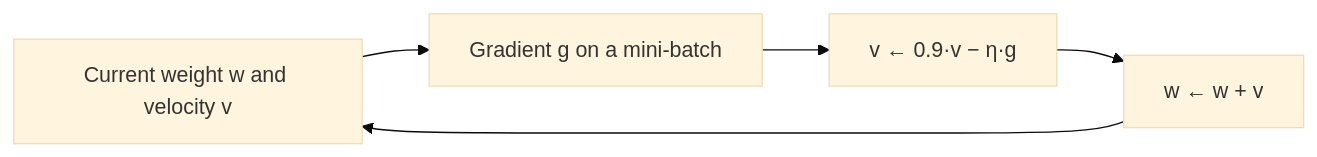
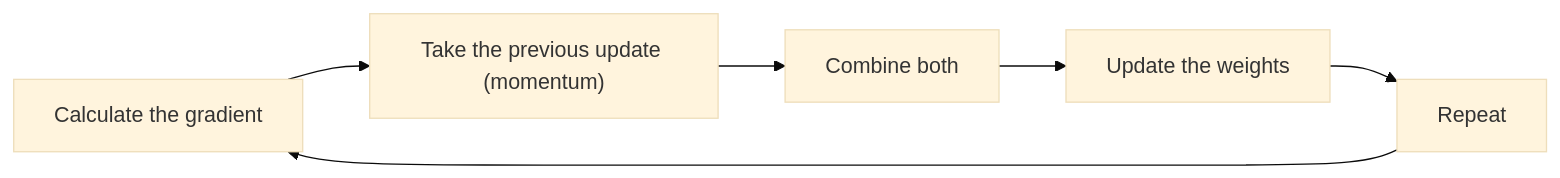
Before and after one commit to TrendySloth1001/sem-seven-notes: the diagram in content/deep-learning/pyq/2023-12/q5a.mdx, drawn with Mermaid (base theme). The commit also changed other lines of this file and 254 other files, not shown here.

Commit message:
Rewrite the backpropagation, gradient descent, regularization and autoencoder notes and their 29 answers from the teachers' class files. They use 185 teacher figures with class-notes citations only, and correct the AdaGrad, RMSProp, Nesterov and batch-norm numbers on the slides.

````diff
--- a/content/deep-learning/pyq/2023-12/q5a.mdx
+++ b/content/deep-learning/pyq/2023-12/q5a.mdx
@@ -36,8 +13,9 @@
 ```mermaid
-%% caption: One step of momentum. The new gradient is added to the faded old velocity, and the weight moves by the velocity, not by the raw gradient.
+%% caption: Momentum combines the current gradient with the previous update to make a smoother, faster step.
 flowchart LR
-  A["Current weight w and velocity v"] --> B["Gradient g on a mini-batch"]
-  B --> C["v ← 0.9·v − η·g"]
-  C --> D["w ← w + v"]
-  D --> A
+  A["Calculate the gradient"] --> B["Take the previous update (momentum)"]
+  B --> C["Combine both"]
+  C --> D["Update the weights"]
+  D --> E["Repeat"]
+  E --> A
 ```
````
